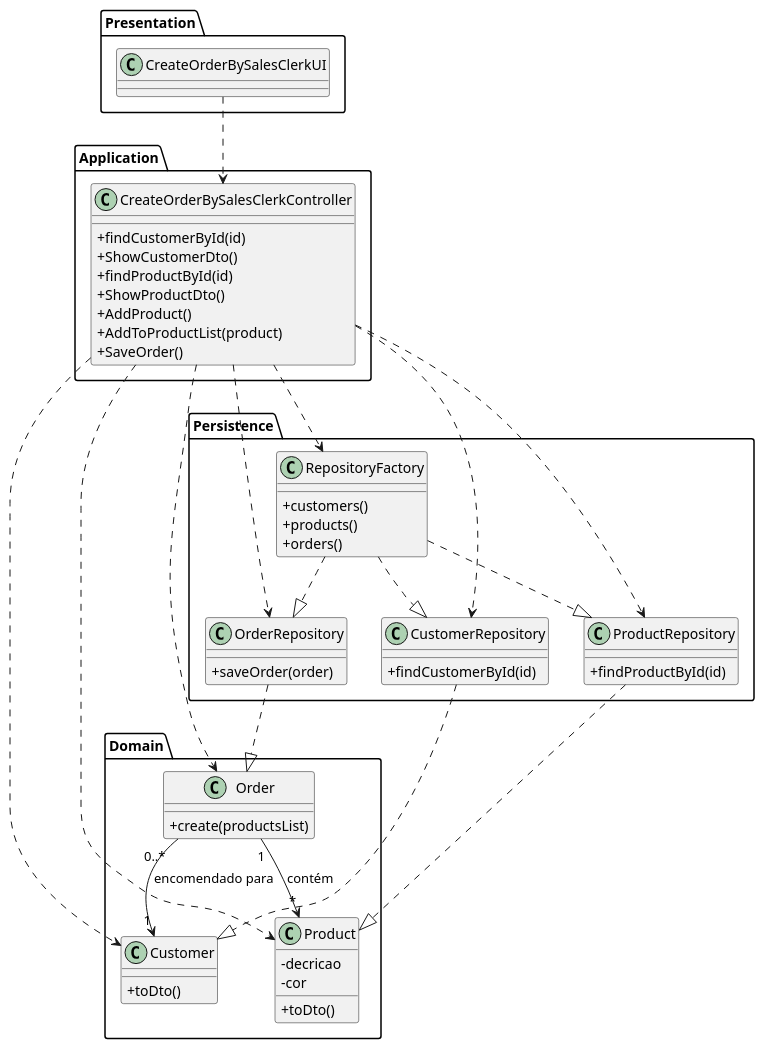
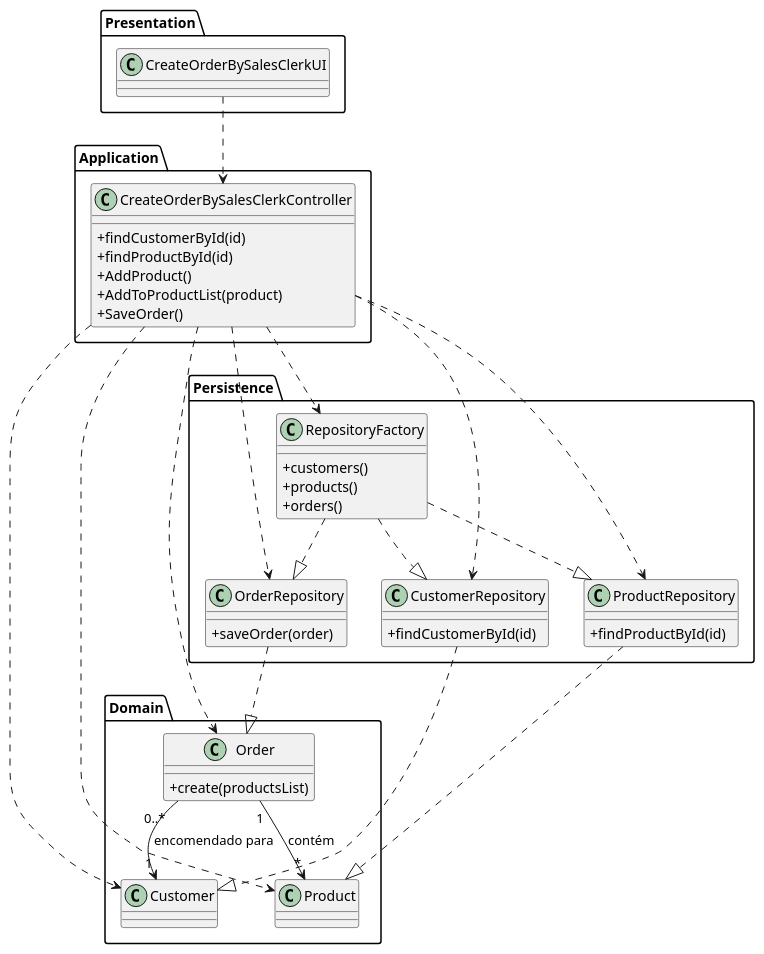
The diagram in Documentação/1190679/US1004/1004_CD.puml (1190772/LAB-Project-4), drawn with PlantUML before and after one commit. The commit also changed 3 other files, not shown here.

```diff
--- a/Documentação/1190679/US1004/1004_CD.puml
+++ b/Documentação/1190679/US1004/1004_CD.puml
@@ -1,79 +1,73 @@
 @startuml
 skinparam classAttributeIconSize 0
 
 
 Package Presentation{
 class CreateOrderBySalesClerkUI {
 }
 }
 
 Package Application{
 class CreateOrderBySalesClerkController {
   +findCustomerById(id)
-  +ShowCustomerDto()
   +findProductById(id)
-  +ShowProductDto()
   +AddProduct()
   +AddToProductList(product)
   +SaveOrder()
 }
 }
 
 
 Package Domain{
 class Customer {
-  +toDto()
 }
 
 class Product {
-  -decricao
-  -cor
-  +toDto()
 }
 
 class Order {
   +create(productsList)
 }
 }
 
 Package Persistence{
 class RepositoryFactory{
   +customers()
   +products()
   +orders()
 }
 
 class CustomerRepository{
   +findCustomerById(id)
 }
 
 class ProductRepository{
   +findProductById(id)
 }
   
 class OrderRepository{
   +saveOrder(order)
 }
 }
 
 
 
 CreateOrderBySalesClerkUI ..> CreateOrderBySalesClerkController
 CreateOrderBySalesClerkController ..> Customer
 CreateOrderBySalesClerkController ..> Product
 CreateOrderBySalesClerkController ..> Order
 CreateOrderBySalesClerkController ..> RepositoryFactory
 CreateOrderBySalesClerkController ..> CustomerRepository
 CreateOrderBySalesClerkController ..> ProductRepository
 CreateOrderBySalesClerkController ..> OrderRepository
 RepositoryFactory ..|> CustomerRepository
 RepositoryFactory ..|> ProductRepository
 RepositoryFactory ..|> OrderRepository
 CustomerRepository ..|> Customer
 ProductRepository ..|> Product
 OrderRepository ..|> Order
 Order "0..*" --> "1" Customer : encomendado para
 Order "1" --> "*" Product : contém
 
 
 @enduml
```
